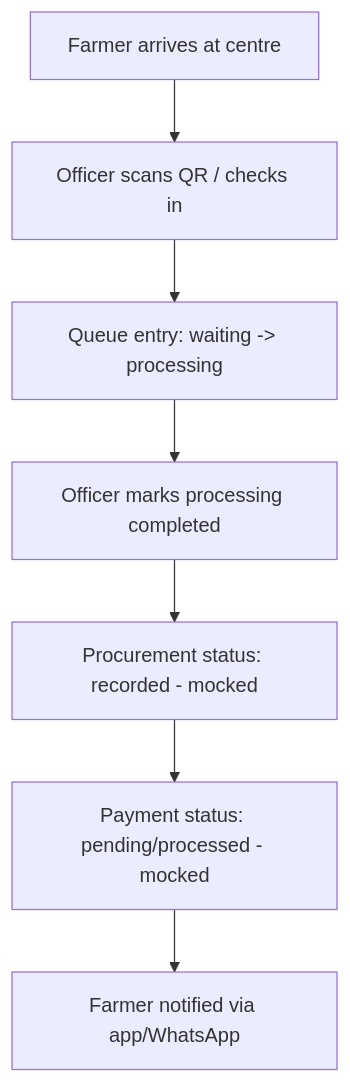
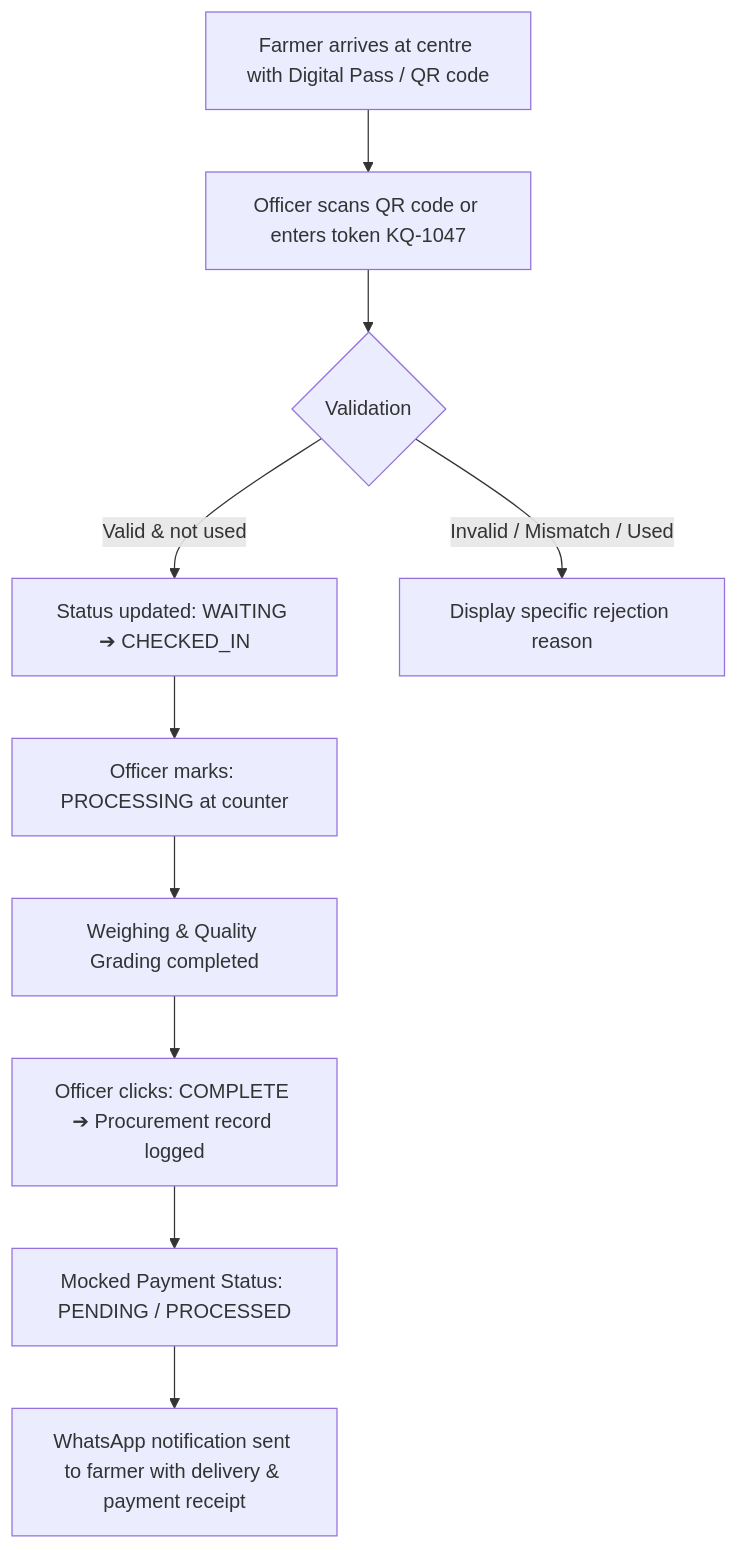
One commit to SnehalPrince/KisanQueue changed the third of 6 diagrams in docs/04_USER_FLOWS.md. Above: the diagram before and after it, drawn with Mermaid. The commit also changed other lines of this file and 8 other files, not shown here.

First line of the commit message:
feat(docs): Update product flow with One-Time Onboarding & Persistent WhatsApp Assistant

````diff
--- a/docs/04_USER_FLOWS.md
+++ b/docs/04_USER_FLOWS.md
@@ -21,9 +36,12 @@
 ```mermaid
 flowchart TD
-    A[Farmer arrives at centre] --> B[Officer scans QR / checks in]
-    B --> C[Queue entry: waiting -> processing]
-    C --> D[Officer marks processing completed]
-    D --> E[Procurement status: recorded - mocked]
-    E --> F[Payment status: pending/processed - mocked]
-    F --> G[Farmer notified via app/WhatsApp]
+    A[Farmer arrives at centre with Digital Pass / QR code] --> B[Officer scans QR code or enters token KQ-1047]
+    B --> C{Validation}
+    C -->|Valid & not used| D[Status updated: WAITING ➔ CHECKED_IN]
+    C -->|Invalid / Mismatch / Used| E[Display specific rejection reason]
+    D --> F[Officer marks: PROCESSING at counter]
+    F --> G[Weighing & Quality Grading completed]
+    G --> H[Officer clicks: COMPLETE ➔ Procurement record logged]
+    H --> I[Mocked Payment Status: PENDING / PROCESSED]
+    I --> J[WhatsApp notification sent to farmer with delivery & payment receipt]
 ```
````
